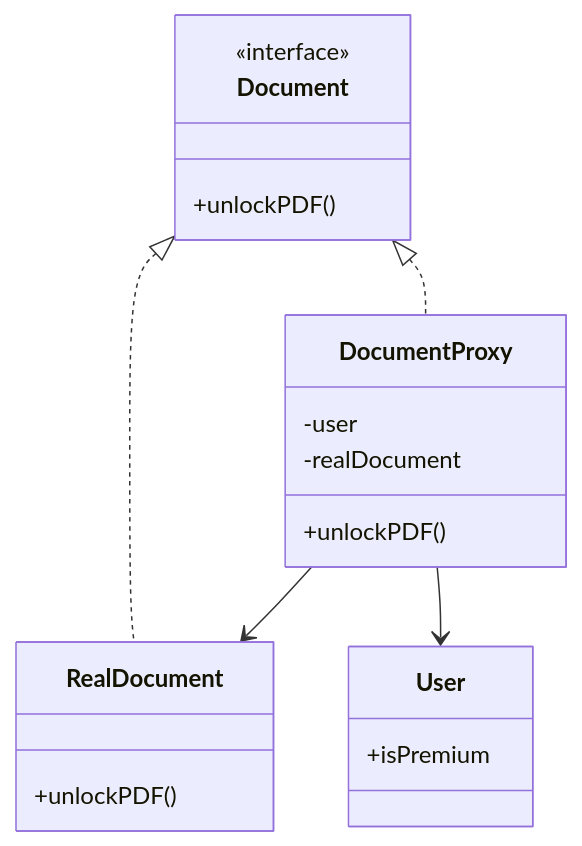
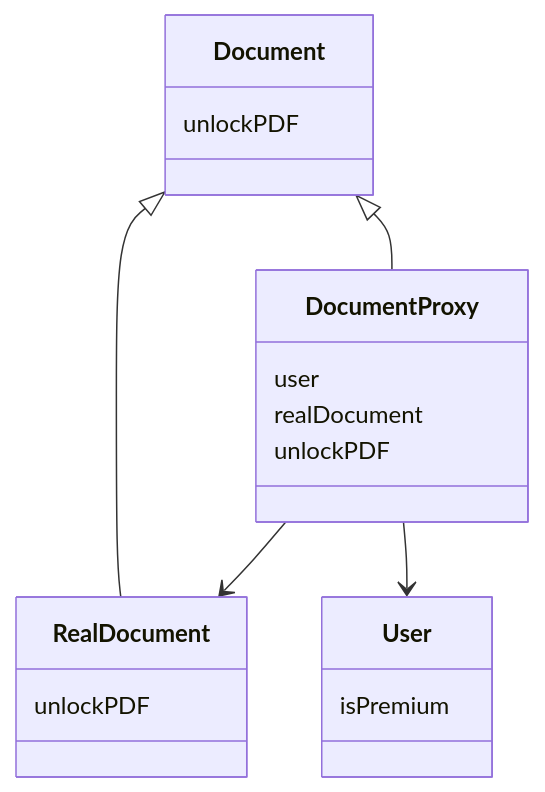
One commit to gojosatoru123-ux/CacheU changed the seventh of 10 diagrams in src/content/lld-proxy-design-pattern.md. Above: the diagram before and after it, drawn with Mermaid. The commit also changed other lines of this file and 21 other files, not shown here.

````diff
--- a/src/content/lld-proxy-design-pattern.md
+++ b/src/content/lld-proxy-design-pattern.md
@@ -467,26 +468,26 @@
 ```mermaid
 classDiagram
-    class Document {
-        <<interface>>
-        +unlockPDF()
-    }
 
-    class RealDocument {
-        +unlockPDF()
-    }
+class Document {
+    unlockPDF
+}
 
-    class DocumentProxy {
-        -user
-        -realDocument
-        +unlockPDF()
-    }
+class RealDocument {
+    unlockPDF
+}
 
-    class User {
-        +isPremium
-    }
+class DocumentProxy {
+    user
+    realDocument
+    unlockPDF
+}
 
-    Document <|.. RealDocument
-    Document <|.. DocumentProxy
-    DocumentProxy --> RealDocument
-    DocumentProxy --> User
+class User {
+    isPremium
+}
+
+Document <|-- RealDocument
+Document <|-- DocumentProxy
+DocumentProxy --> RealDocument
+DocumentProxy --> User
 ```
````
